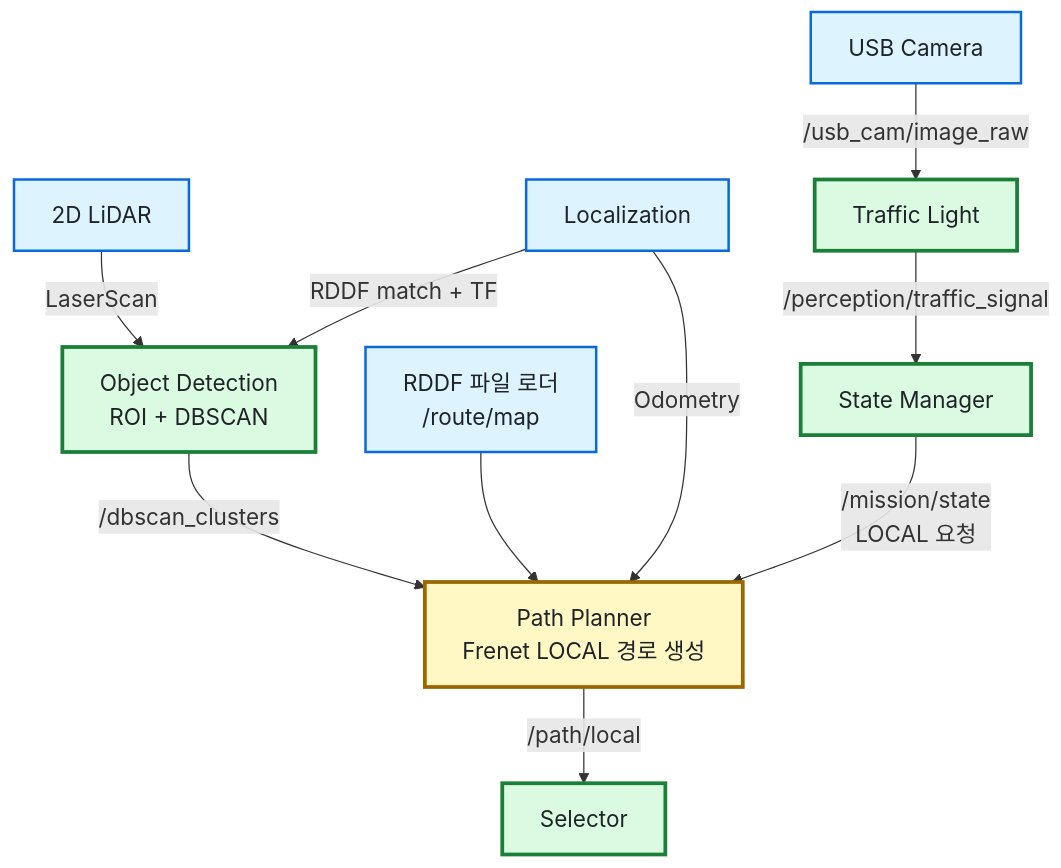
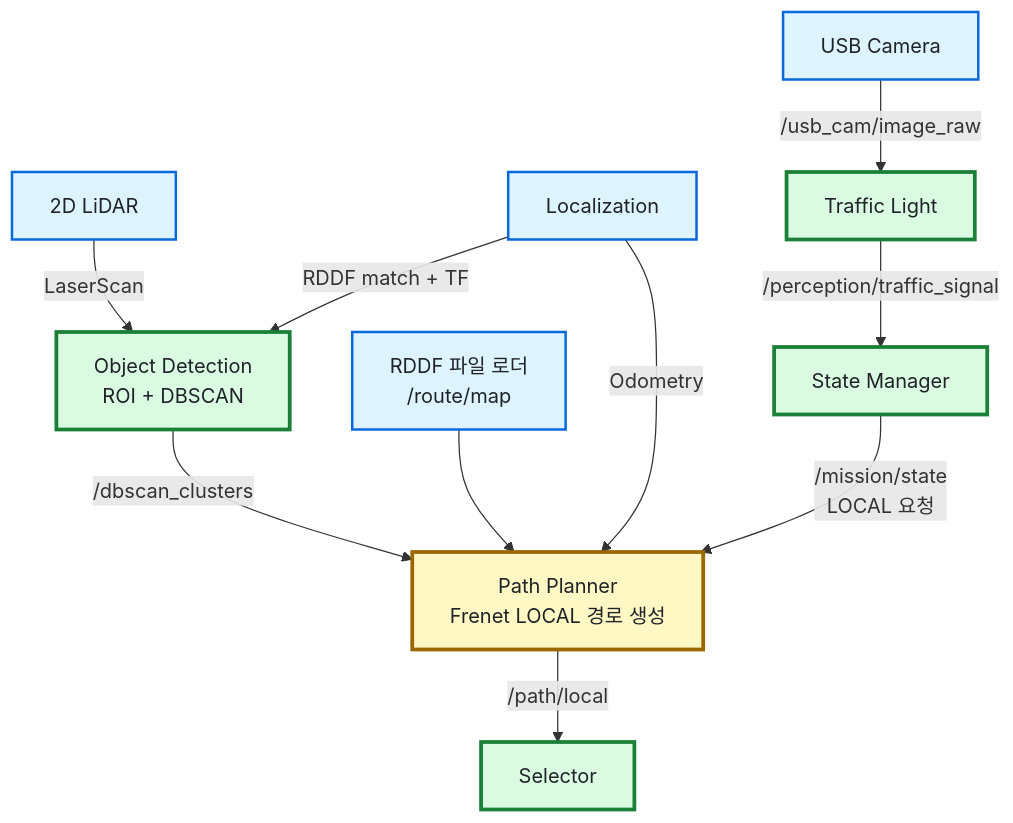
Before and after one commit to Team-Stier/HL-FMA-1-5-2026: the third of 3 diagrams in docs/architecture.md, drawn with Mermaid. The commit also changed other lines of this file, not shown here.

Commit message:
docs: restore default vertical diagram sizing

````diff
--- a/docs/architecture.md
+++ b/docs/architecture.md
@@ -99,19 +97,18 @@
 ```mermaid
-%%{init: {"flowchart": {"htmlLabels": true, "nodeSpacing": 40, "rankSpacing": 50}, "themeVariables": {"fontSize": "18px"}}}%%
 flowchart TB
     classDef sensor fill:#ddf4ff,stroke:#0969da,stroke-width:2px,color:#1f2328
     classDef active fill:#dafbe1,stroke:#1a7f37,stroke-width:3px,color:#1f2328
     classDef planner fill:#fff8c5,stroke:#9a6700,stroke-width:3px,color:#1f2328
 
     CAMERA["USB Camera"]:::sensor -->|/usb_cam/image_raw| TL["Traffic Light"]:::active
     TL -->|/perception/traffic_signal| SM["State Manager"]:::active
 
     LIDAR["2D LiDAR"]:::sensor -->|LaserScan| OD["Object Detection<br/>ROI + DBSCAN"]:::active
     LOC["Localization"]:::sensor -->|RDDF match + TF| OD
     OD -->|/dbscan_clusters| LP["Path Planner<br/>Frenet LOCAL 경로 생성"]:::planner
 
     MAP["RDDF 파일 로더<br/>/route/map"]:::sensor --> LP
     LOC -->|Odometry| LP
     SM -->|/mission/state<br/>LOCAL 요청| LP
     LP -->|/path/local| SEL["Selector"]:::active
 ```
````
